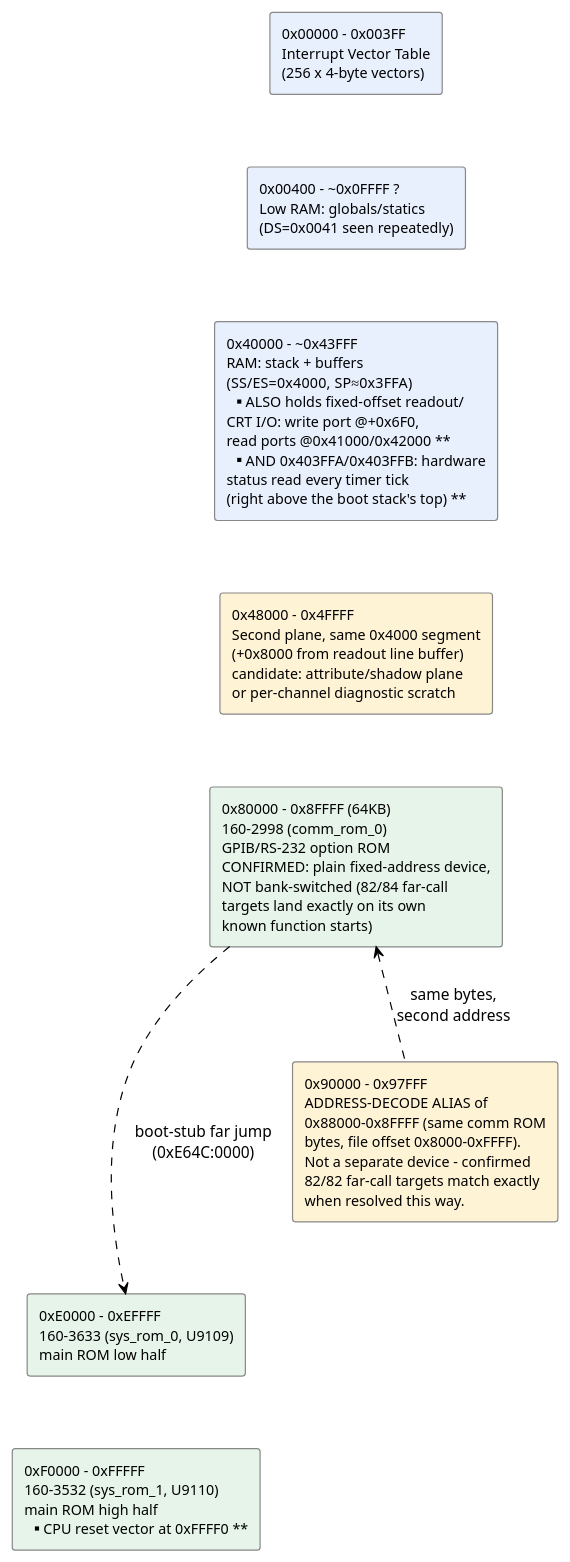
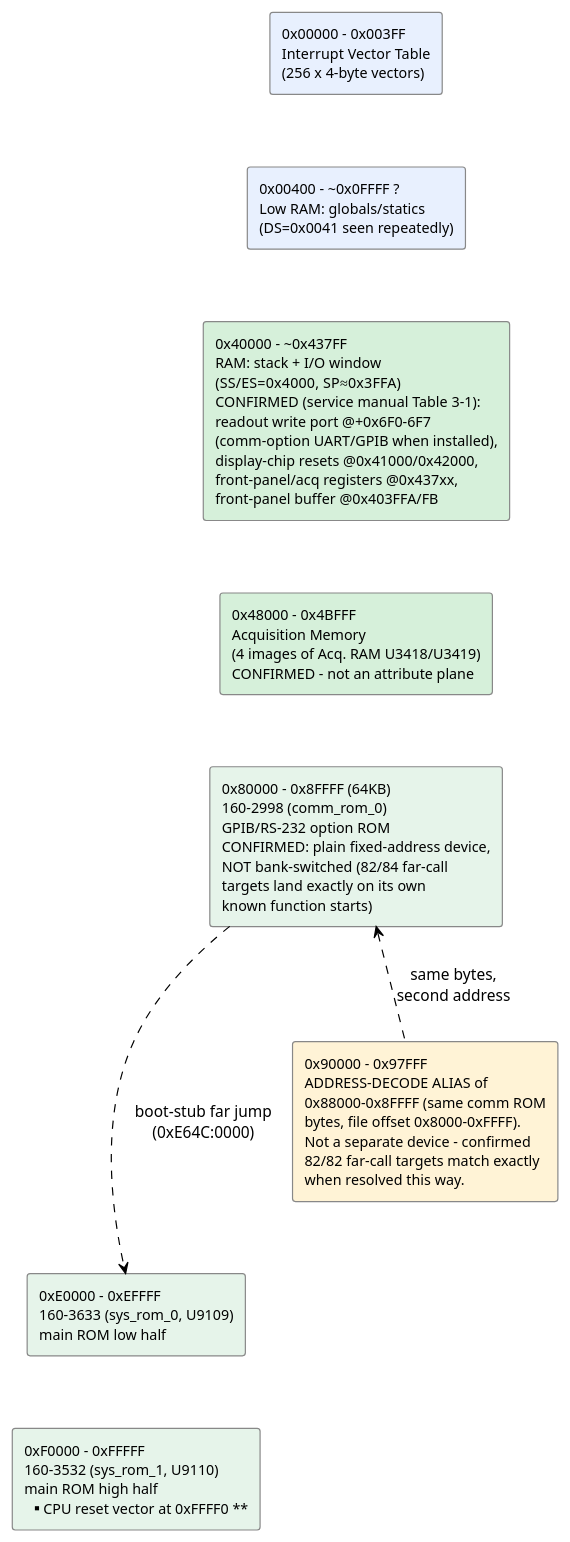
The diagram in MEMORY_MAP.md (Mwwhited-BookLearning/tektronix-2230), drawn with PlantUML before and after one commit. The commit also changed other lines of this file and 15 other files, not shown here.

````diff
--- a/MEMORY_MAP.md
+++ b/MEMORY_MAP.md
@@ -8,28 +14,28 @@
 ```plantuml
 @startuml
 !theme plain
 skinparam backgroundColor transparent
 skinparam rectangle {
   BorderColor #888
   FontSize 12
 }
 rectangle "0x00000 - 0x003FF\nInterrupt Vector Table\n(256 x 4-byte vectors)" as IVT #E8F0FE
 rectangle "0x00400 - ~0x0FFFF ?\nLow RAM: globals/statics\n(DS=0x0041 seen repeatedly)" as LORAM #E8F0FE
-rectangle "0x40000 - ~0x43FFF\nRAM: stack + buffers\n(SS/ES=0x4000, SP≈0x3FFA)\n** ALSO holds fixed-offset readout/\nCRT I/O: write port @+0x6F0,\nread ports @0x41000/0x42000 **\n** AND 0x403FFA/0x403FFB: hardware\nstatus read every timer tick\n(right above the boot stack's top) **" as STACKRAM #E8F0FE
-rectangle "0x48000 - 0x4FFFF\nSecond plane, same 0x4000 segment\n(+0x8000 from readout line buffer)\ncandidate: attribute/shadow plane\nor per-channel diagnostic scratch" as PLANE2 #FFF3D6
+rectangle "0x40000 - ~0x437FF\nRAM: stack + I/O window\n(SS/ES=0x4000, SP≈0x3FFA)\nCONFIRMED (service manual Table 3-1):\nreadout write port @+0x6F0-6F7\n(comm-option UART/GPIB when installed),\ndisplay-chip resets @0x41000/0x42000,\nfront-panel/acq registers @0x437xx,\nfront-panel buffer @0x403FFA/FB" as STACKRAM #D6F0DA
+rectangle "0x48000 - 0x4BFFF\nAcquisition Memory\n(4 images of Acq. RAM U3418/U3419)\nCONFIRMED - not an attribute plane" as PLANE2 #D6F0DA
 rectangle "0x80000 - 0x8FFFF (64KB)\n160-2998 (comm_rom_0)\nGPIB/RS-232 option ROM\nCONFIRMED: plain fixed-address device,\nNOT bank-switched (82/84 far-call\ntargets land exactly on its own\nknown function starts)" as COMMROM #E6F4EA
 rectangle "0x90000 - 0x97FFF\nADDRESS-DECODE ALIAS of\n0x88000-0x8FFFF (same comm ROM\nbytes, file offset 0x8000-0xFFFF).\nNot a separate device - confirmed\n82/82 far-call targets match exactly\nwhen resolved this way." as ALIAS #FFF3D6
 rectangle "0xE0000 - 0xEFFFF\n160-3633 (sys_rom_0, U9109)\nmain ROM low half" as ROM_LOW #E6F4EA
 rectangle "0xF0000 - 0xFFFFF\n160-3532 (sys_rom_1, U9110)\nmain ROM high half\n** CPU reset vector at 0xFFFF0 **" as ROM_HIGH #E6F4EA
 
 IVT -[hidden]down- LORAM
 LORAM -[hidden]down- STACKRAM
 STACKRAM -[hidden]down- PLANE2
 PLANE2 -[hidden]down- COMMROM
 COMMROM -[hidden]down- ALIAS
 ALIAS -[hidden]down- ROM_LOW
 ROM_LOW -[hidden]down- ROM_HIGH
 COMMROM .right.> ROM_LOW : boot-stub far jump\n(0xE64C:0000)
 ALIAS .up.> COMMROM : same bytes,\nsecond address
 @enduml
 ```
````
